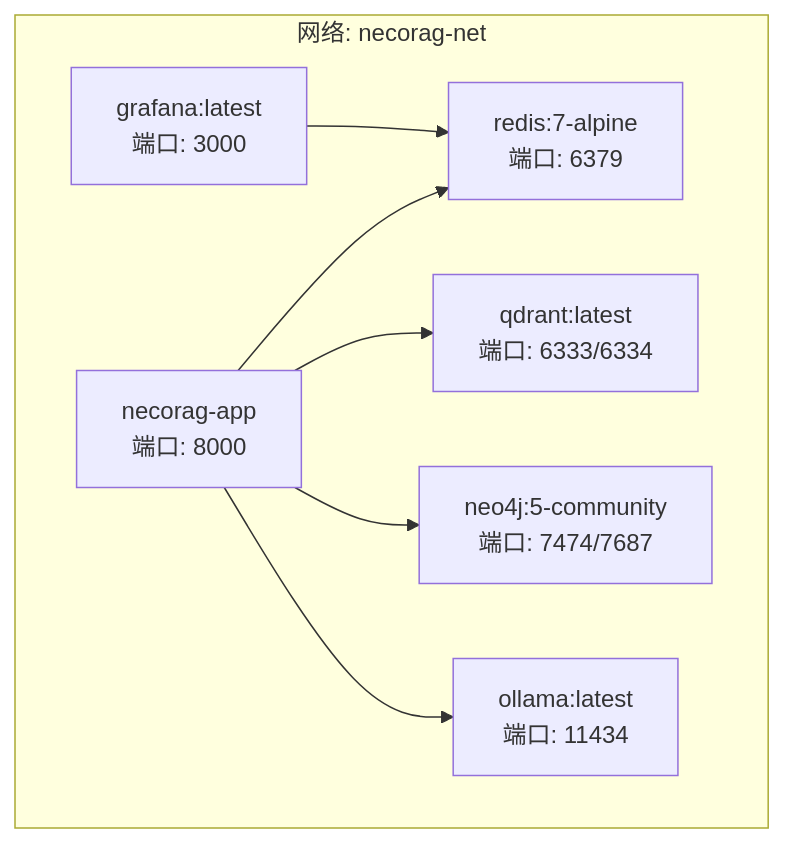
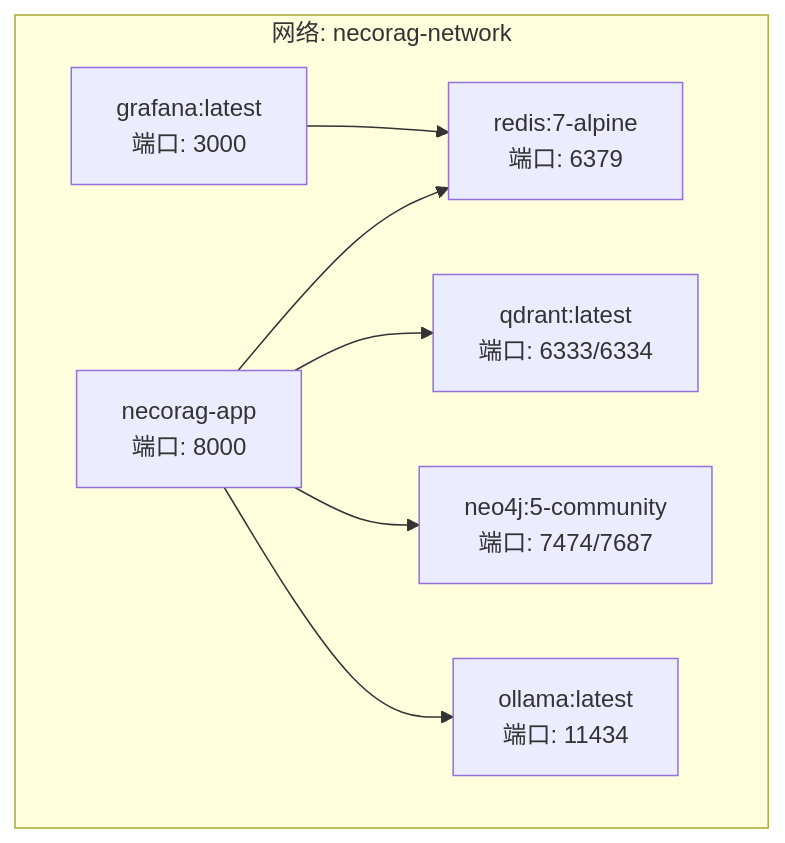
One commit to JieGaoPrinceton/NecoRAG changed the second of 6 diagrams in .qoder/repowiki/zh/content/部署与运维/容器化部署.md. Above: the diagram before and after it, drawn with Mermaid. The commit also changed other lines of this file and 70 other files, not shown here.

````diff
--- a/.qoder/repowiki/zh/content/部署与运维/容器化部署.md
+++ b/.qoder/repowiki/zh/content/部署与运维/容器化部署.md
@@ -120,16 +141,16 @@
 ```mermaid
 graph TB
-subgraph "网络: necorag-net"
+subgraph "网络: necorag-network"
 APP["necorag-app<br/>端口: 8000"]
 REDIS["redis:7-alpine<br/>端口: 6379"]
 QDRANT["qdrant:latest<br/>端口: 6333/6334"]
 NEO4J["neo4j:5-community<br/>端口: 7474/7687"]
 OLLAMA["ollama:latest<br/>端口: 11434"]
 GRAFANA["grafana:latest<br/>端口: 3000"]
 end
 APP --> REDIS
 APP --> QDRANT
 APP --> NEO4J
 APP --> OLLAMA
 GRAFANA --> REDIS
 ```
````
